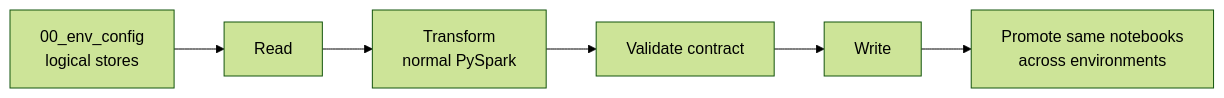
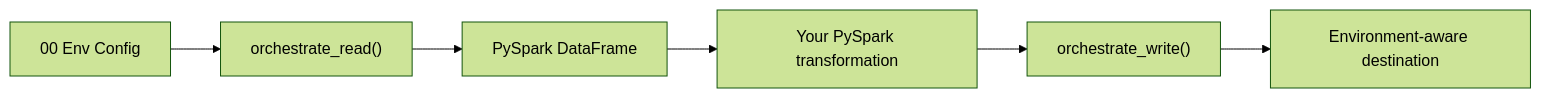
The first of 3 diagrams in docs/solutions/environment-aware-data-pipelines.md (Voycepeh/FabricOps-Starter-Kit), drawn with Mermaid (forest theme) before and after one commit. The commit also changed other lines of this file and 33 other files, not shown here.

````diff
--- a/docs/solutions/environment-aware-data-pipelines.md
+++ b/docs/solutions/environment-aware-data-pipelines.md
@@ -17,8 +17,8 @@
 ```mermaid
 flowchart LR
-    A["00_env_config<br/>logical stores"] --> B["Read"]
-    B --> C["Transform<br/>normal PySpark"]
-    C --> D["Validate contract"]
-    D --> E["Write"]
-    E --> F["Promote same notebooks<br/>across environments"]
+    ENV["00 Env Config"] --> READ["orchestrate_read()"]
+    READ --> DF["PySpark DataFrame"]
+    DF --> TRANSFORM["Your PySpark transformation"]
+    TRANSFORM --> WRITE["orchestrate_write()"]
+    WRITE --> DEST["Environment-aware destination"]
 ```
````
